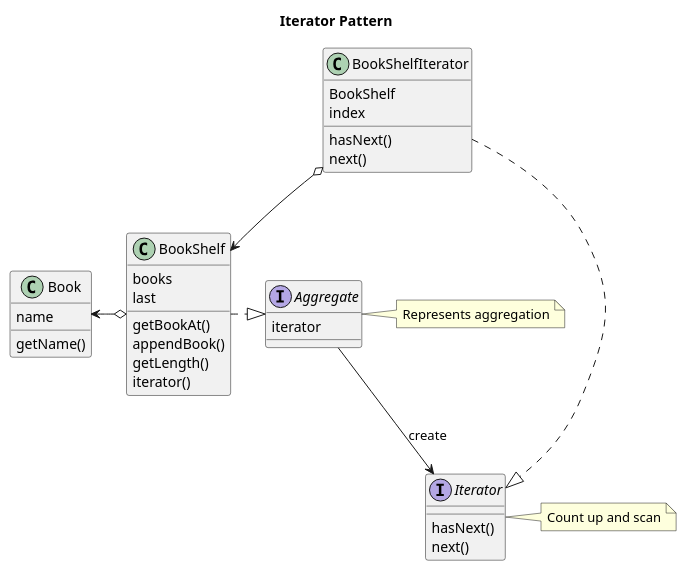
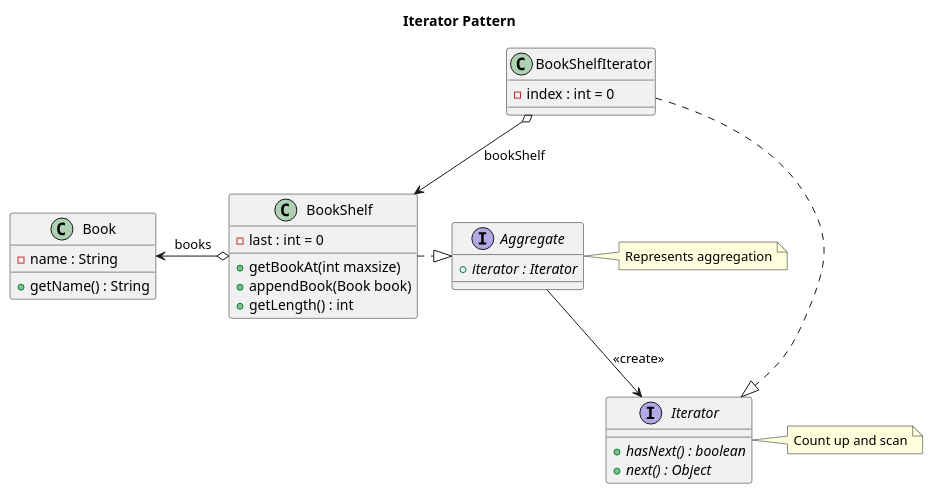
One commit to yuna611t/repo changed the diagram in uml/design_pattern/Iterator.pu. Above: the diagram before and after it, drawn with PlantUML.

Commit message:
refined class diagram

```diff
--- a/uml/design_pattern/Iterator.pu
+++ b/uml/design_pattern/Iterator.pu
@@ -1,49 +1,44 @@
 @startuml
 title Iterator Pattern
 
 interface Aggregate  {
-    iterator
+    + {abstract} iterator : Iterator
 }
 note right
     Represents aggregation
 end note
 
 class BookShelf {
-    books
-    last
-    getBookAt()
-    appendBook()
-    getLength()
-    iterator()
+    - last : int = 0
+    + getBookAt(int maxsize)
+    + appendBook(Book book)
+    + getLength() : int
 }
 
 class Book {
-    name
-    getName()
+    - name : String
+    + getName() : String
 }
 
 interface Iterator {
-    hasNext()
-    next()
+    + {abstract} hasNext() : boolean
+    + {abstract} next() : Object
 }
 note right
     Count up and scan
 end note
 
 class BookShelfIterator {
-    BookShelf
-    index
-    hasNext()
-    next()
+    - index : int = 0
 }
 
 ' relations
 BookShelf .|> Aggregate
-BookShelf o-le-> Book
+BookShelf o-le-> Book : books
 
-Aggregate --> Iterator : create
+Aggregate --> Iterator : <<create>>
 
 BookShelfIterator .|> Iterator
-BookShelfIterator o--> BookShelf
+BookShelfIterator o--> BookShelf : bookShelf
 
 @enduml
```
